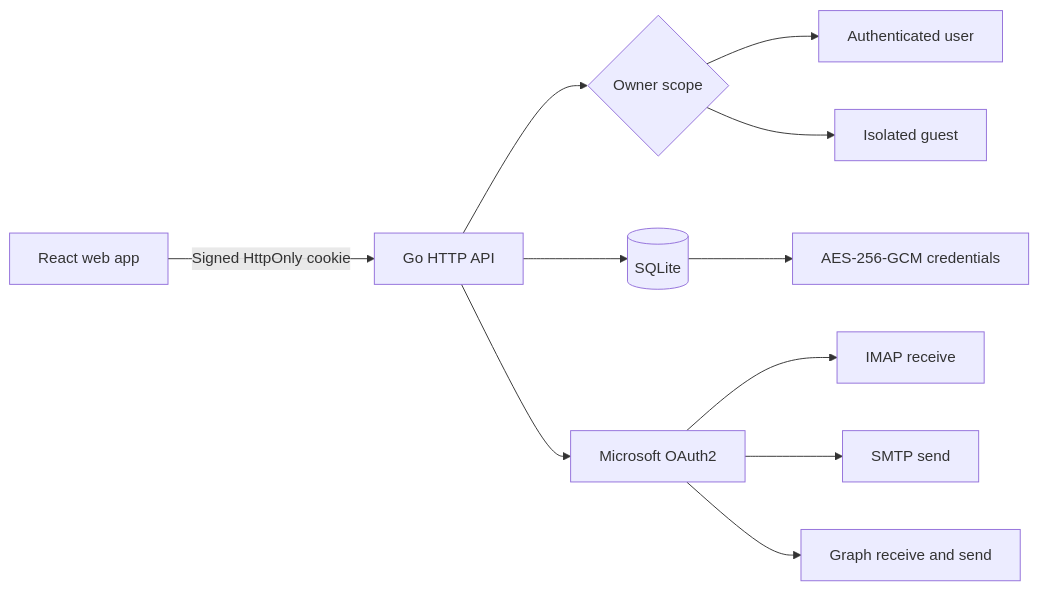
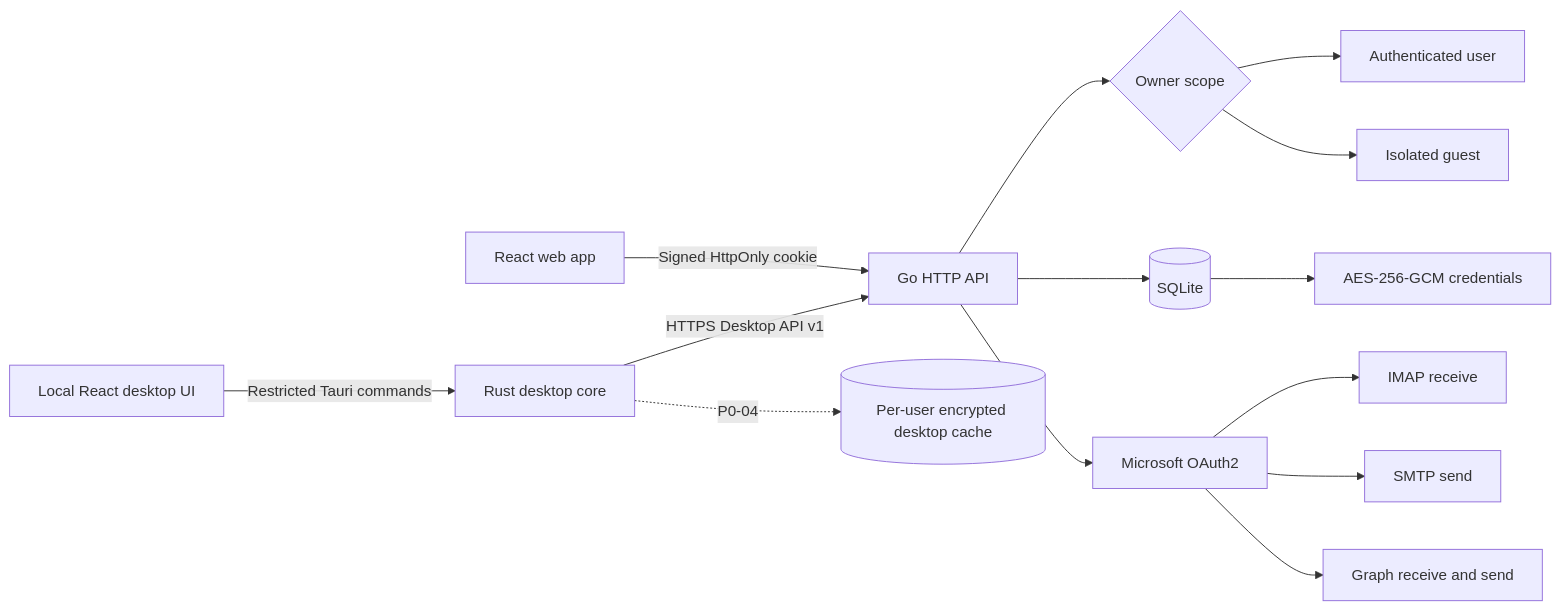
The diagram in README.md (neonflux-io/Mail), drawn with Mermaid before and after one commit. The commit also changed other lines of this file and 39 other files, not shown here.

Commit message:
feat: add desktop API and client downloads

````diff
--- a/README.md
+++ b/README.md
@@ -92,13 +92,16 @@
 ```mermaid
 flowchart LR
   Browser[React web app] -->|Signed HttpOnly cookie| API[Go HTTP API]
+  Desktop[Local React desktop UI] -->|Restricted Tauri commands| Rust[Rust desktop core]
+  Rust -->|HTTPS Desktop API v1| API
+  Rust -. P0-04 .-> Cache[(Per-user encrypted desktop cache)]
   API --> Identity{Owner scope}
   Identity --> User[Authenticated user]
   Identity --> Guest[Isolated guest]
   API --> DB[(SQLite)]
   DB --> Vault[AES-256-GCM credentials]
   API --> OAuth[Microsoft OAuth2]
   OAuth --> IMAP[IMAP receive]
   OAuth --> SMTP[SMTP send]
   OAuth --> Graph[Graph receive and send]
 ```
````
